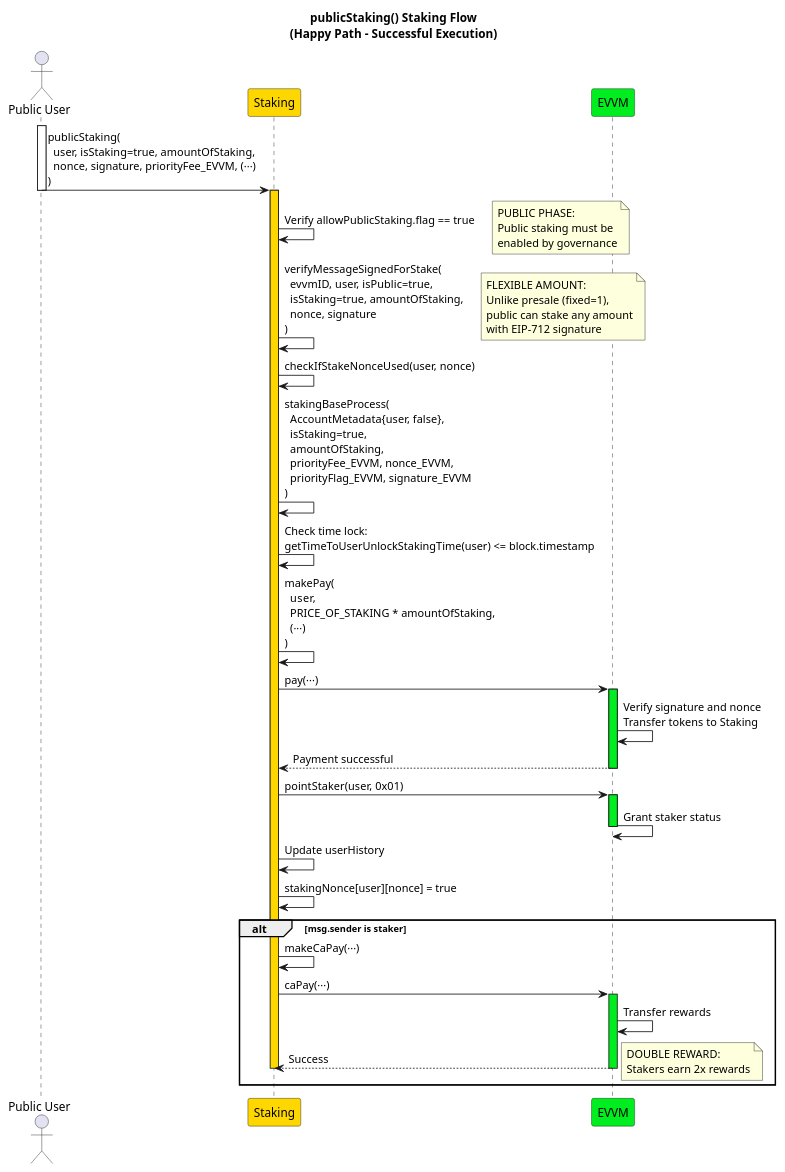
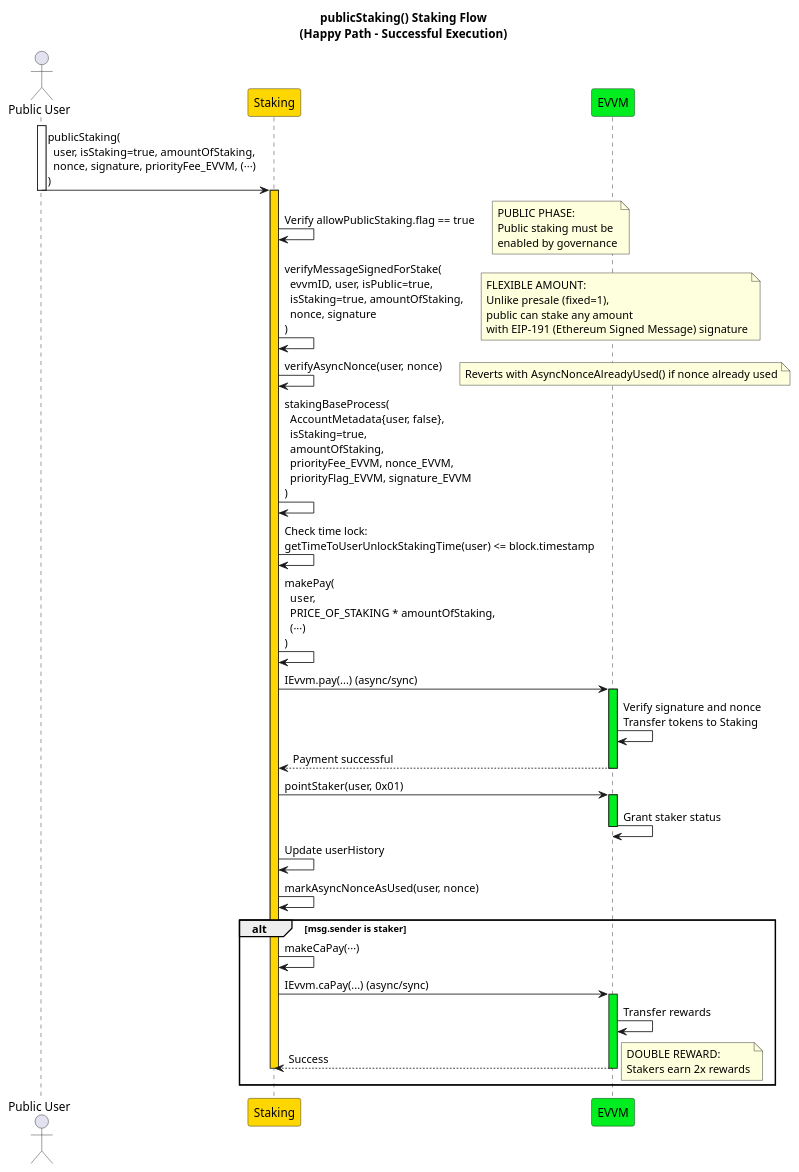
One commit to EVVM-org/documentation-website changed the diagram in docs/04-Contracts/03-Staking/02-StakingContract/01-StakingFunctions/img/_plantUML/03publicStaking/publicStaking_Staking_HappyPath.puml. Above: the diagram before and after it, drawn with PlantUML. The commit also changed 134 other files, not shown here.

```diff
--- a/docs/04-Contracts/03-Staking/02-StakingContract/01-StakingFunctions/img/_plantUML/03publicStaking/publicStaking_Staking_HappyPath.puml
+++ b/docs/04-Contracts/03-Staking/02-StakingContract/01-StakingFunctions/img/_plantUML/03publicStaking/publicStaking_Staking_HappyPath.puml
@@ -1,65 +1,66 @@
 @startuml
 
 <style>
 document {
   BackGroundColor white
 }
 </style>
 
 title publicStaking() Staking Flow\n(Happy Path - Successful Execution)
 
 actor "Public User" as user
 participant "Staking" as staking #FFD700
 participant "EVVM" as evvm #00EE20
 
 activate user
 
 user -> staking : publicStaking(\n  user, isStaking=true, amountOfStaking,\n  nonce, signature, priorityFee_EVVM, (···)\n)
 
 deactivate user
 
 activate staking #FFD700
 
 staking -> staking : Verify allowPublicStaking.flag == true
 note right : PUBLIC PHASE:\nPublic staking must be\nenabled by governance
 
 staking -> staking : verifyMessageSignedForStake(\n  evvmID, user, isPublic=true,\n  isStaking=true, amountOfStaking,\n  nonce, signature\n)
-note right : FLEXIBLE AMOUNT:\nUnlike presale (fixed=1),\npublic can stake any amount\nwith EIP-712 signature
+note right : FLEXIBLE AMOUNT:\nUnlike presale (fixed=1),\npublic can stake any amount\nwith EIP-191 (Ethereum Signed Message) signature
 
-staking -> staking : checkIfStakeNonceUsed(user, nonce)
+staking -> staking : verifyAsyncNonce(user, nonce)
+note right : Reverts with AsyncNonceAlreadyUsed() if nonce already used
 
 staking -> staking : stakingBaseProcess(\n  AccountMetadata{user, false},\n  isStaking=true,\n  amountOfStaking,\n  priorityFee_EVVM, nonce_EVVM,\n  priorityFlag_EVVM, signature_EVVM\n)
 
 staking -> staking : Check time lock:\ngetTimeToUserUnlockStakingTime(user) <= block.timestamp
 
 staking -> staking : makePay(\n  user,\n  PRICE_OF_STAKING * amountOfStaking,\n  (···)\n)
 
-staking -> evvm : pay(···)
+staking -> evvm : IEvvm.pay(...) (async/sync)
 activate evvm #00EE20
 evvm -> evvm : Verify signature and nonce\nTransfer tokens to Staking
 evvm --> staking : Payment successful
 deactivate evvm
 
 staking -> evvm : pointStaker(user, 0x01)
 activate evvm #00EE20
 evvm -> evvm : Grant staker status
 deactivate evvm
 
 staking -> staking : Update userHistory
 
-staking -> staking : stakingNonce[user][nonce] = true
+staking -> staking : markAsyncNonceAsUsed(user, nonce)
 
 alt #white msg.sender is staker
     staking -> staking : makeCaPay(···)
     
-    staking -> evvm : caPay(···)
+    staking -> evvm : IEvvm.caPay(...) (async/sync)
     activate evvm #00EE20
     evvm -> evvm : Transfer rewards
     evvm --> staking : Success
     deactivate evvm
     
     note right : DOUBLE REWARD:\nStakers earn 2x rewards
     deactivate staking
 end
 
 @enduml
```
